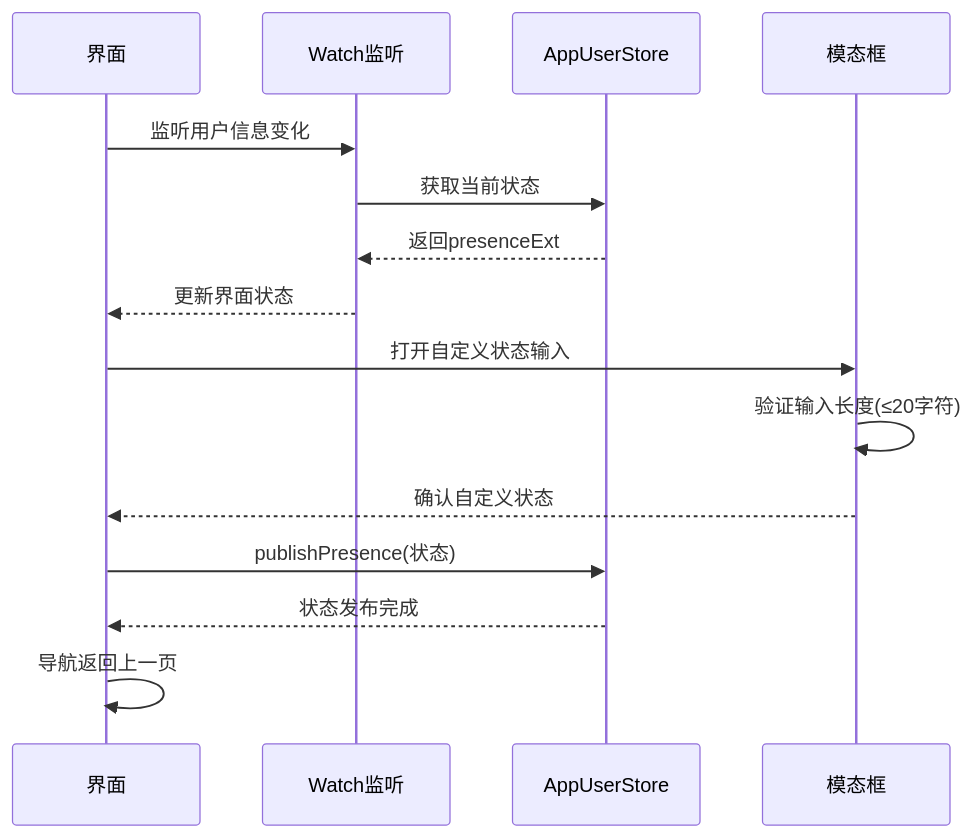
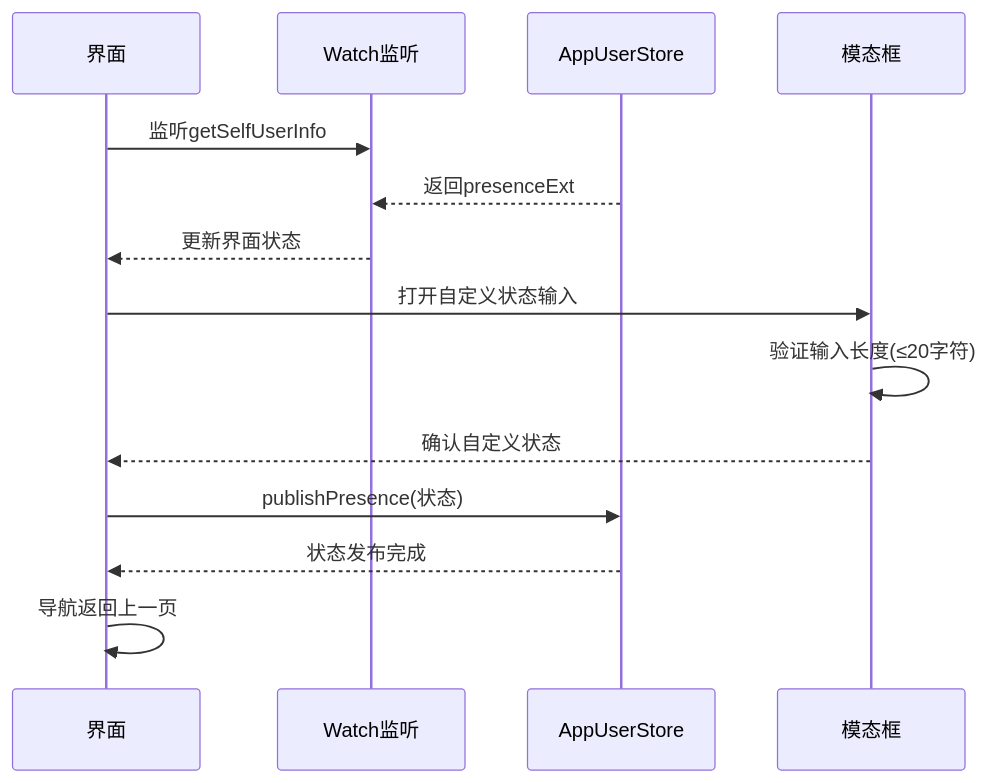
One commit to Easemob-Community/easemob-uikit-uniapp-community changed the seventh of 9 diagrams in .qoder/repowiki/zh/content/Presence Indicator Controls.md. Above: the diagram before and after it, drawn with Mermaid. The commit also changed other lines of this file and 5 other files, not shown here.

````diff
--- a/.qoder/repowiki/zh/content/Presence Indicator Controls.md
+++ b/.qoder/repowiki/zh/content/Presence Indicator Controls.md
@@ -232,17 +296,16 @@
 ```mermaid
 sequenceDiagram
 participant UI as 界面
 participant Watch as Watch监听
 participant Store as AppUserStore
 participant Modal as 模态框
-UI->>Watch : 监听用户信息变化
-Watch->>Store : 获取当前状态
+UI->>Watch : 监听getSelfUserInfo
 Store-->>Watch : 返回presenceExt
 Watch-->>UI : 更新界面状态
 UI->>Modal : 打开自定义状态输入
 Modal->>Modal : 验证输入长度(≤20字符)
 Modal-->>UI : 确认自定义状态
 UI->>Store : publishPresence(状态)
 Store-->>UI : 状态发布完成
 UI->>UI : 导航返回上一页
 ```
````
